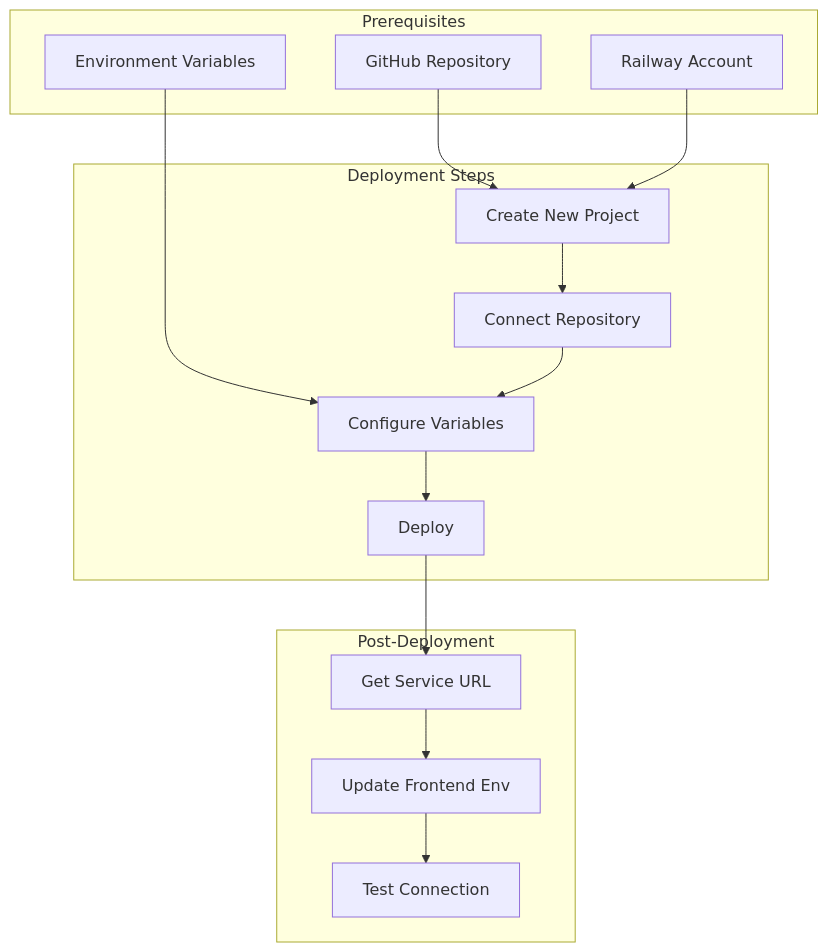
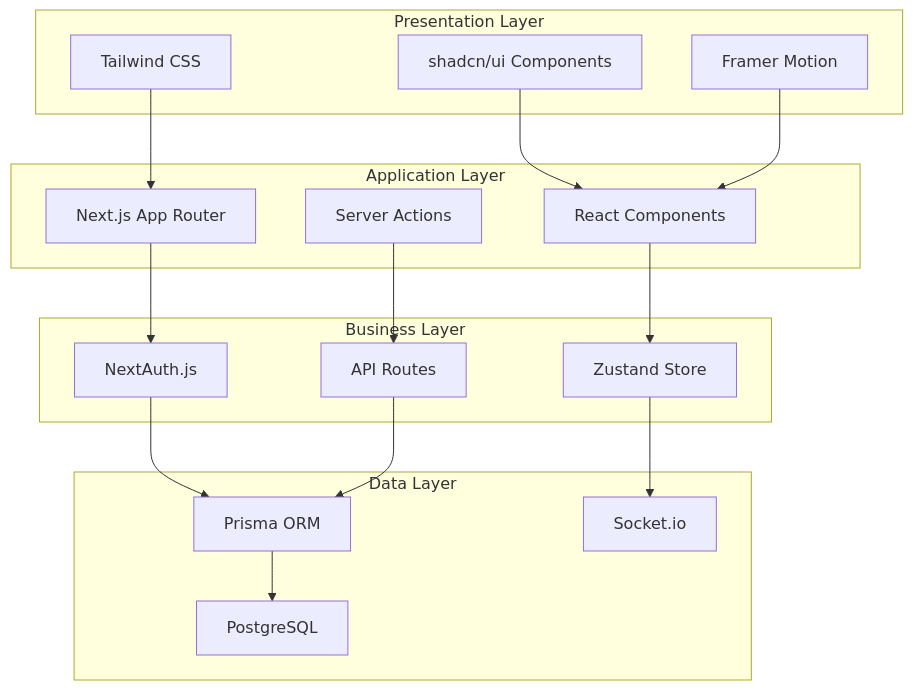
Before and after one commit to anshsharmacse/taskflow-socket: the seventh of 39 diagrams in README.md, drawn with Mermaid. The commit also changed other lines of this file, not shown here.

````diff
--- a/README.md
+++ b/README.md
@@ -299,27 +362,37 @@
 ```mermaid
-flowchart TD
-    subgraph "Prerequisites"
-        P1[GitHub Repository]
-        P2[Railway Account]
-        P3[Environment Variables]
+graph TB
+    subgraph "Presentation Layer"
+        P1[Tailwind CSS]
+        P2[shadcn/ui Components]
+        P3[Framer Motion]
     end
     
-    subgraph "Deployment Steps"
-        D1[Create New Project]
-        D2[Connect Repository]
-        D3[Configure Variables]
-        D4[Deploy]
+    subgraph "Application Layer"
+        A1[Next.js App Router]
+        A2[React Components]
+        A3[Server Actions]
     end
     
-    subgraph "Post-Deployment"
-        PD1[Get Service URL]
-        PD2[Update Frontend Env]
-        PD3[Test Connection]
+    subgraph "Business Layer"
+        B1[NextAuth.js]
+        B2[Zustand Store]
+        B3[API Routes]
     end
     
-    P1 --> D1
-    P2 --> D1
-    P3 --> D3
-    D1 --> D2 --> D3 --> D4
-    D4 --> PD1 --> PD2 --> PD3
+    subgraph "Data Layer"
+        D1[Prisma ORM]
+        D2[PostgreSQL]
+        D3[Socket.io]
+    end
+    
+    P1 --> A1
+    P2 --> A2
+    P3 --> A2
+    A1 --> B1
+    A2 --> B2
+    A3 --> B3
+    B1 --> D1
+    B2 --> D3
+    B3 --> D1
+    D1 --> D2
 ```
````
